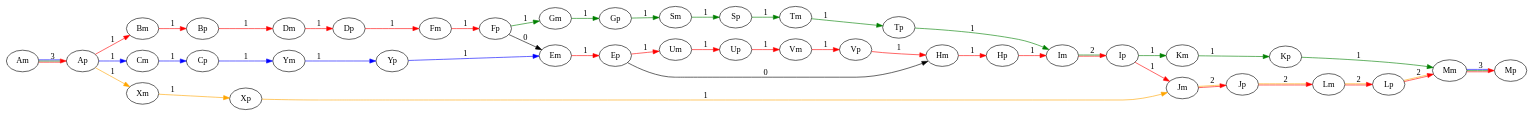
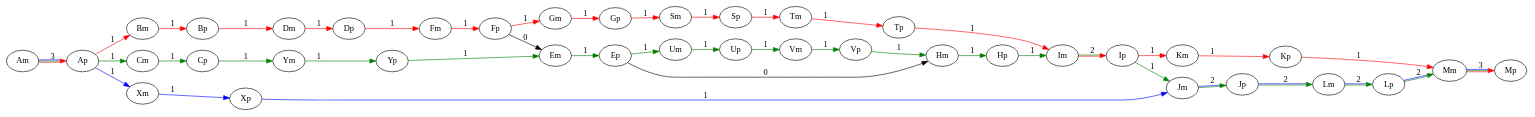
The diagram in Grafi/Grafo 4 cover.dot (gianlu01/MinimumPathCover), drawn with Graphviz before and after one commit. The commit also changed 1 other file, not shown here.

```diff
--- a/Grafi/Grafo 4 cover.dot
+++ b/Grafi/Grafo 4 cover.dot
@@ -1,45 +1,45 @@
 digraph{
 	rankdir=LR
 	Am -> Ap [label=3  color="red:green:blue"]
 	Ap -> Bm [label=1  color="red"]
-	Ap -> Cm [label=1  color="blue"]
-	Ap -> Xm [label=1  color="orange"]
+	Ap -> Cm [label=1  color="green"]
+	Ap -> Xm [label=1  color="blue"]
 	Bm -> Bp [label=1  color="red"]
 	Bp -> Dm [label=1  color="red"]
-	Cm -> Cp [label=1  color="blue"]
-	Cp -> Ym [label=1  color="blue"]
-	Xm -> Xp [label=1  color="orange"]
-	Xp -> Jm [label=1  color="orange"]
-	Jm -> Jp [label=2  color="red:orange"]
-	Jp -> Lm [label=2  color="red:orange"]
-	Ym -> Yp [label=1  color="blue"]
-	Yp -> Em [label=1  color="blue"]
-	Em -> Ep [label=1  color="red"]
+	Cm -> Cp [label=1  color="green"]
+	Cp -> Ym [label=1  color="green"]
+	Xm -> Xp [label=1  color="blue"]
+	Xp -> Jm [label=1  color="blue"]
+	Jm -> Jp [label=2  color="green:blue"]
+	Jp -> Lm [label=2  color="green:blue"]
+	Ym -> Yp [label=1  color="green"]
+	Yp -> Em [label=1  color="green"]
+	Em -> Ep [label=1  color="green"]
 	Ep -> Hm [label=0]
-	Ep -> Um [label=1  color="red"]
+	Ep -> Um [label=1  color="green"]
 	Dm -> Dp [label=1  color="red"]
 	Dp -> Fm [label=1  color="red"]
 	Fm -> Fp [label=1  color="red"]
 	Fp -> Em [label=0]
-	Fp -> Gm [label=1  color="green"]
-	Hm -> Hp [label=1  color="red"]
-	Hp -> Im [label=1  color="red"]
-	Um -> Up [label=1  color="red"]
-	Up -> Vm [label=1  color="red"]
-	Vm -> Vp [label=1  color="red"]
-	Vp -> Hm [label=1  color="red"]
-	Gm -> Gp [label=1  color="green"]
-	Gp -> Sm [label=1  color="green"]
-	Sm -> Sp [label=1  color="green"]
-	Sp -> Tm [label=1  color="green"]
-	Tm -> Tp [label=1  color="green"]
-	Tp -> Im [label=1  color="green"]
+	Fp -> Gm [label=1  color="red"]
+	Hm -> Hp [label=1  color="green"]
+	Hp -> Im [label=1  color="green"]
+	Um -> Up [label=1  color="green"]
+	Up -> Vm [label=1  color="green"]
+	Vm -> Vp [label=1  color="green"]
+	Vp -> Hm [label=1  color="green"]
+	Gm -> Gp [label=1  color="red"]
+	Gp -> Sm [label=1  color="red"]
+	Sm -> Sp [label=1  color="red"]
+	Sp -> Tm [label=1  color="red"]
+	Tm -> Tp [label=1  color="red"]
+	Tp -> Im [label=1  color="red"]
 	Im -> Ip [label=2  color="red:green"]
-	Ip -> Km [label=1  color="green"]
-	Ip -> Jm [label=1  color="red"]
-	Km -> Kp [label=1  color="green"]
-	Kp -> Mm [label=1  color="green"]
-	Lm -> Lp [label=2  color="red:orange"]
-	Lp -> Mm [label=2  color="red:orange"]
+	Ip -> Km [label=1  color="red"]
+	Ip -> Jm [label=1  color="green"]
+	Km -> Kp [label=1  color="red"]
+	Kp -> Mm [label=1  color="red"]
+	Lm -> Lp [label=2  color="green:blue"]
+	Lp -> Mm [label=2  color="green:blue"]
 	Mm -> Mp [label=3  color="red:green:blue"]
 }
```
